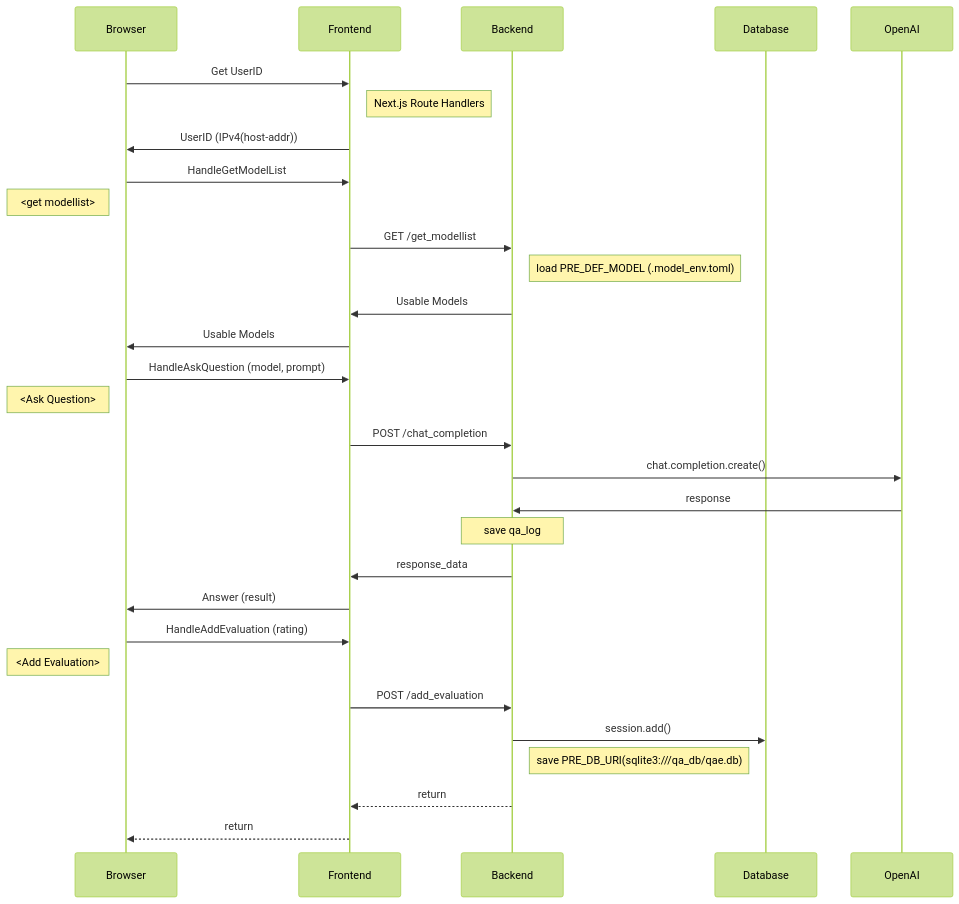
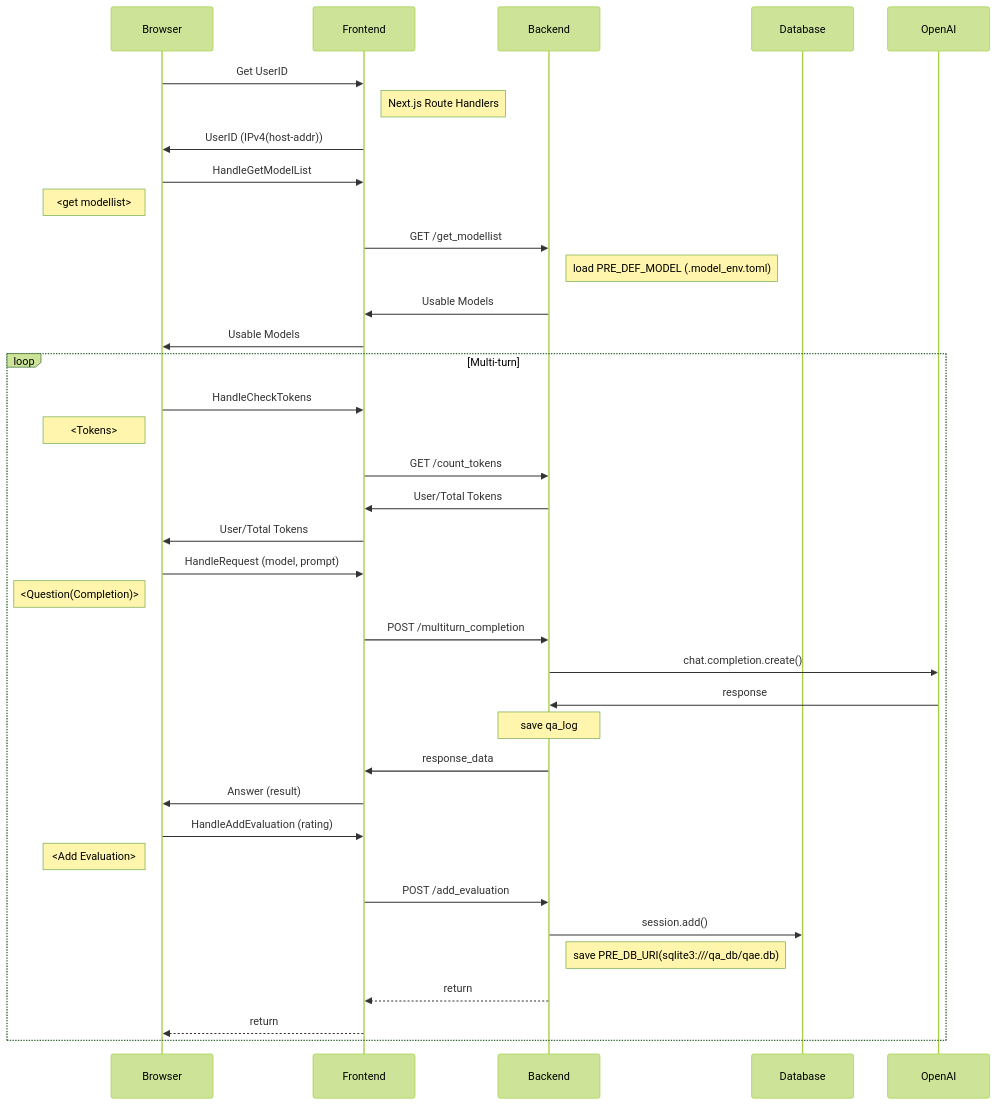
One commit to ottawan25/quaet changed the diagram in README.md. Above: the diagram before and after it, drawn with Mermaid (forest theme). The commit also changed other lines of this file and 57 other files, not shown here.

````diff
--- a/README.md
+++ b/README.md
@@ -79,32 +80,39 @@
 ```mermaid
 sequenceDiagram
     participant Browser
     participant Frontend
     participant Backend
     participant Database
     participant OpenAI
     Browser->>Frontend: Get UserID
     Note right of Frontend: Next.js Route Handlers
     Frontend->>Browser: UserID (IPv4(host-addr))
     Browser->>Frontend: HandleGetModelList
     Note left of Browser: <get modellist>
     Frontend->>Backend: GET /get_modellist
     Note right of Backend: load PRE_DEF_MODEL (.model_env.toml)
     Backend->>Frontend: Usable Models
     Frontend->>Browser: Usable Models
-    Browser->>Frontend: HandleAskQuestion (model, prompt)
-    Note left of Browser: <Ask Question>
-    Frontend->>Backend: POST /chat_completion
+    loop Multi-turn
+    Browser->>Frontend: HandleCheckTokens
+    Note left of Browser: <Tokens>
+    Frontend->>Backend: GET /count_tokens
+    Backend->>Frontend: User/Total Tokens
+    Frontend->>Browser: User/Total Tokens
+    Browser->>Frontend: HandleRequest (model, prompt)
+    Note left of Browser: <Question(Completion)>
+    Frontend->>Backend: POST /multiturn_completion
     Backend->>OpenAI: chat.completion.create()
     OpenAI->>Backend: response
     Note over Backend: save qa_log
     Backend->>Frontend: response_data
     Frontend->>Browser: Answer (result)
     Browser->>Frontend: HandleAddEvaluation (rating)
     Note left of Browser: <Add Evaluation>
     Frontend->>Backend: POST /add_evaluation
     Backend->>Database: session.add()
     Note right of Backend: save PRE_DB_URI(sqlite3:///qa_db/qae.db)
     Backend-->>Frontend: return
     Frontend-->>Browser: return
+    end
 ```
````
